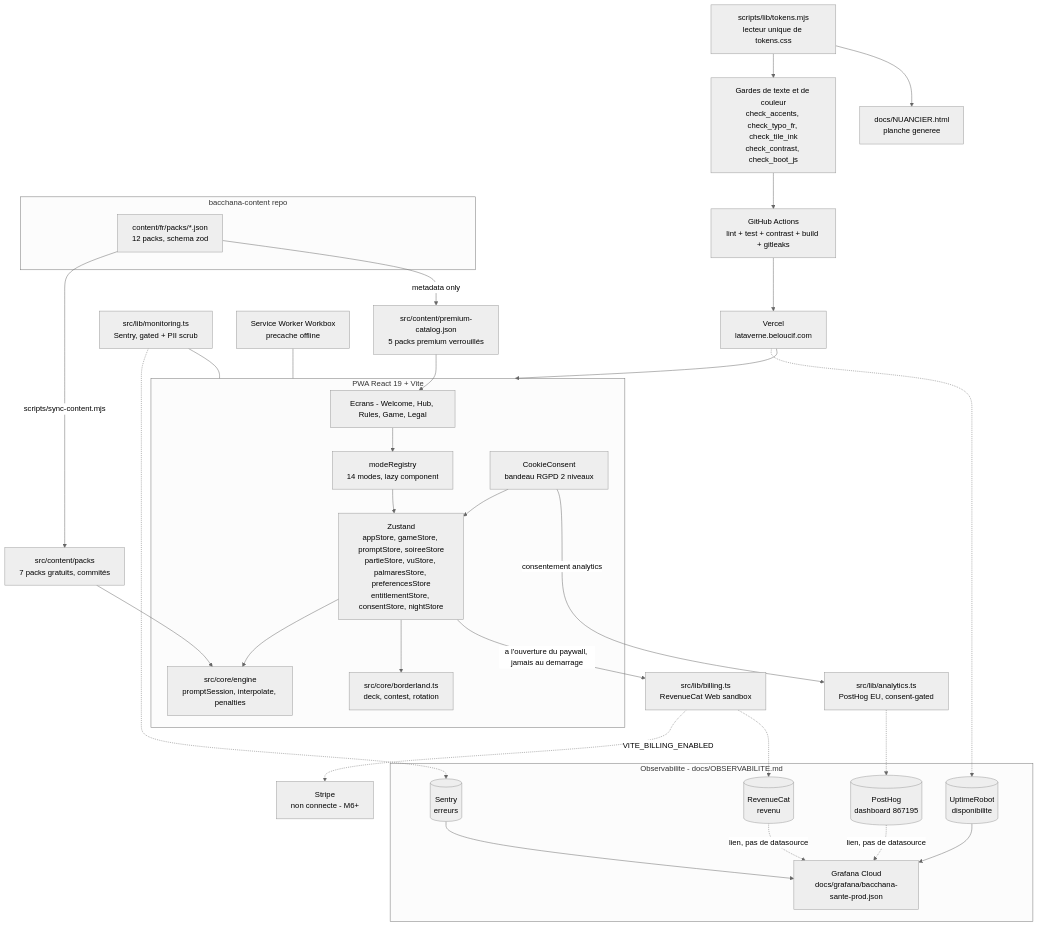
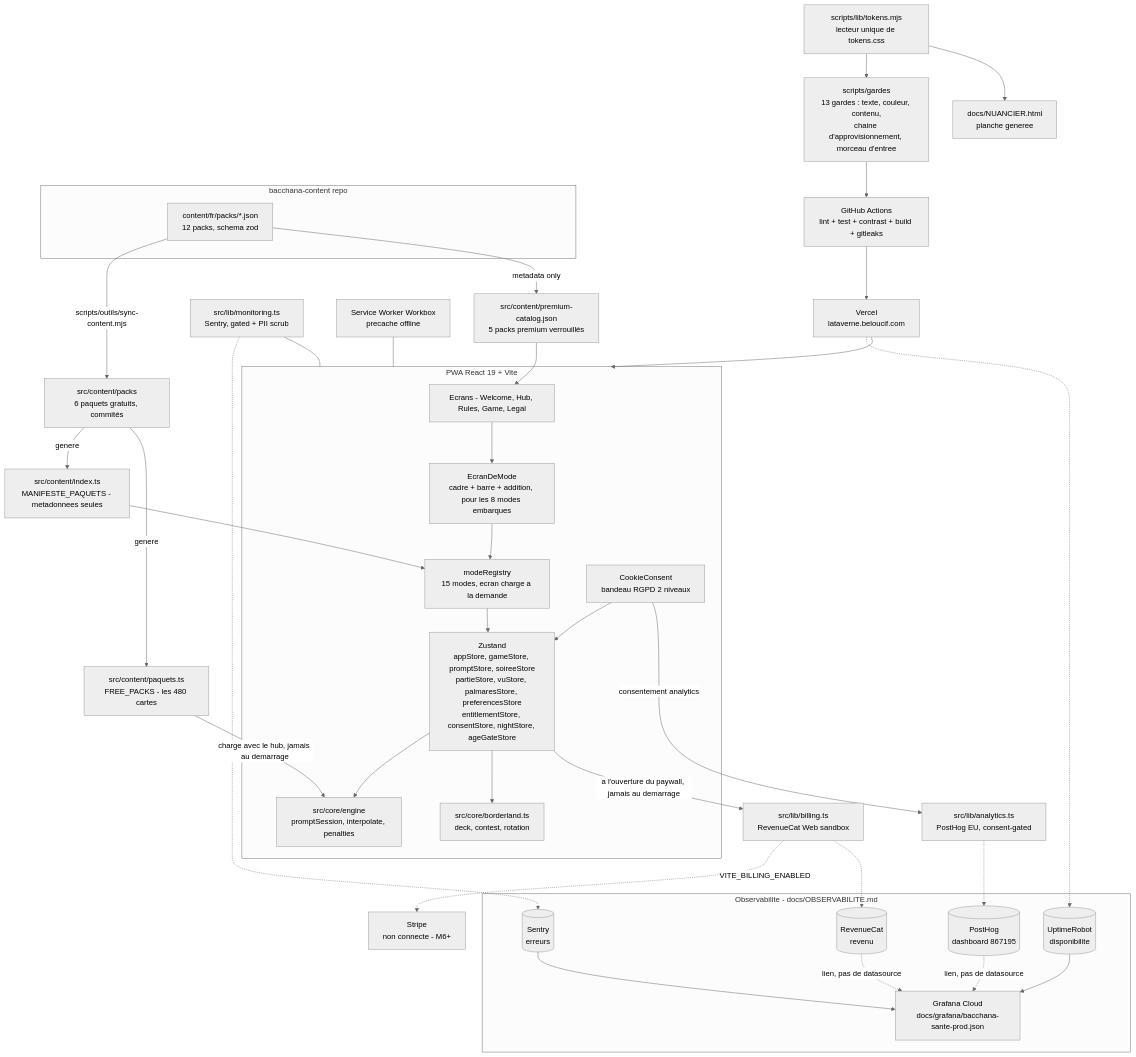
The diagram in README.md (Adam-Blf/bacchana), drawn with Mermaid (neutral theme) before and after one commit. The commit also changed other lines of this file and 95 other files, not shown here.

````diff
--- a/README.md
+++ b/README.md
@@ -190,50 +190,54 @@
 ```mermaid
 flowchart TD
     subgraph Content [bacchana-content repo]
         Packs[content/fr/packs/*.json\n12 packs, schema zod]
     end
-    Packs -->|scripts/sync-content.mjs| Free[src/content/packs\n7 packs gratuits, commités]
+    Packs -->|scripts/outils/sync-content.mjs| Free[src/content/packs\n6 paquets gratuits, commités]
+    Free -->|genere| Manifeste[src/content/index.ts\nMANIFESTE_PAQUETS - metadonnees seules]
+    Free -->|genere| Cartes[src/content/paquets.ts\nFREE_PACKS - les 480 cartes]
     Packs -->|metadata only| Catalog[src/content/premium-catalog.json\n5 packs premium verrouillés]
 
     subgraph Client [PWA React 19 + Vite]
         UI[Ecrans - Welcome, Hub, Rules, Game, Legal]
-        Registry[modeRegistry\n14 modes, lazy component]
+        Registry[modeRegistry\n15 modes, ecran charge a la demande]
+        Coquille[EcranDeMode\ncadre + barre + addition, pour les 8 modes embarques]
         Engine[src/core/engine\npromptSession, interpolate, penalties]
         Core[src/core/borderland.ts\ndeck, contest, rotation]
-        Stores[Zustand\nappStore, gameStore, promptStore, soireeStore\npartieStore, vuStore, palmaresStore, preferencesStore\nentitlementStore, consentStore, nightStore]
+        Stores[Zustand\nappStore, gameStore, promptStore, soireeStore\npartieStore, vuStore, palmaresStore, preferencesStore\nentitlementStore, consentStore, nightStore, ageGateStore]
         Cookie[CookieConsent\nbandeau RGPD 2 niveaux]
-        UI --> Registry --> Stores
+        UI --> Coquille --> Registry --> Stores
         Stores --> Engine
         Stores --> Core
         Cookie --> Stores
     end
 
-    Free --> Engine
+    Manifeste --> Registry
+    Cartes -->|charge avec le hub, jamais au demarrage| Engine
     Catalog --> UI
     Cookie -->|consentement analytics| Analytics[src/lib/analytics.ts\nPostHog EU, consent-gated]
     Stores -->|a l'ouverture du paywall, jamais au demarrage| Billing[src/lib/billing.ts\nRevenueCat Web sandbox]
     Billing -.->|VITE_BILLING_ENABLED| Stripe[Stripe\nnon connecte - M6+]
     Monitor[src/lib/monitoring.ts\nSentry, gated + PII scrub] --- Client
     SW[Service Worker Workbox\nprecache offline] --- Client
     Vercel[Vercel\nlataverne.beloucif.com] --> Client
     CI[GitHub Actions\nlint + test + contrast + build + gitleaks] --> Vercel
-    Gardes[Gardes de texte et de couleur\ncheck_accents, check_typo_fr, check_tile_ink\ncheck_contrast, check_boot_js] --> CI
+    Gardes[scripts/gardes\n13 gardes : texte, couleur, contenu,\nchaine d'approvisionnement, morceau d'entree] --> CI
     Jetons[scripts/lib/tokens.mjs\nlecteur unique de tokens.css] --> Gardes
     Jetons --> Nuancier[docs/NUANCIER.html\nplanche generee]
 
     subgraph Observability [Observabilite - docs/OBSERVABILITE.md]
         Sentry[(Sentry\nerreurs)]
         PH[(PostHog\ndashboard 867195)]
         UR[(UptimeRobot\ndisponibilite)]
         RC[(RevenueCat\nrevenu)]
         Grafana[Grafana Cloud\ndocs/grafana/bacchana-sante-prod.json]
         Sentry --> Grafana
         UR --> Grafana
         PH -.->|lien, pas de datasource| Grafana
         RC -.->|lien, pas de datasource| Grafana
     end
     Monitor -.-> Sentry
     Analytics -.-> PH
     Vercel -.-> UR
     Billing -.-> RC
 ```
````
